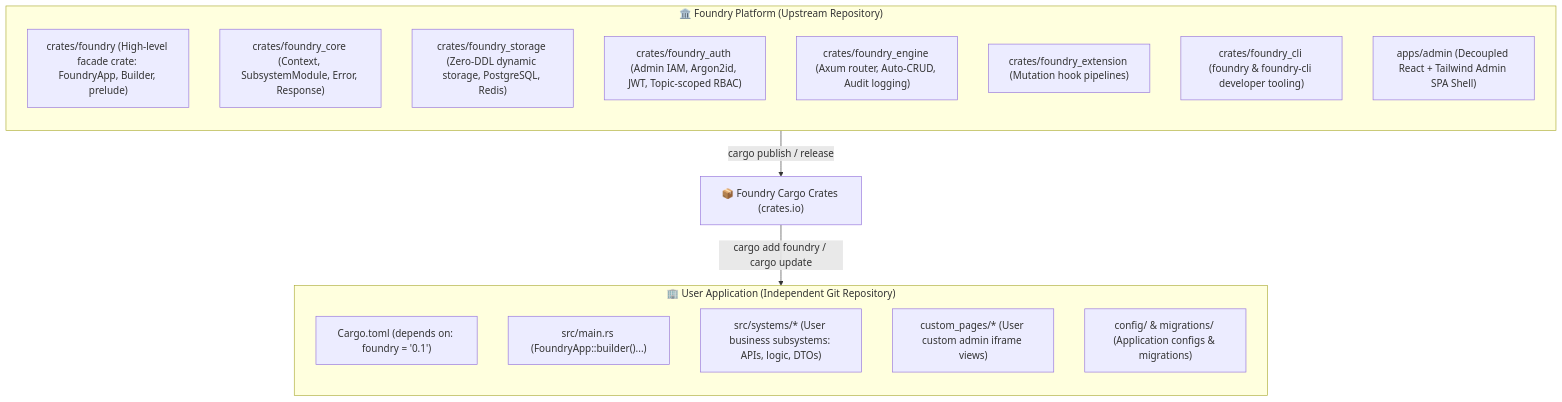
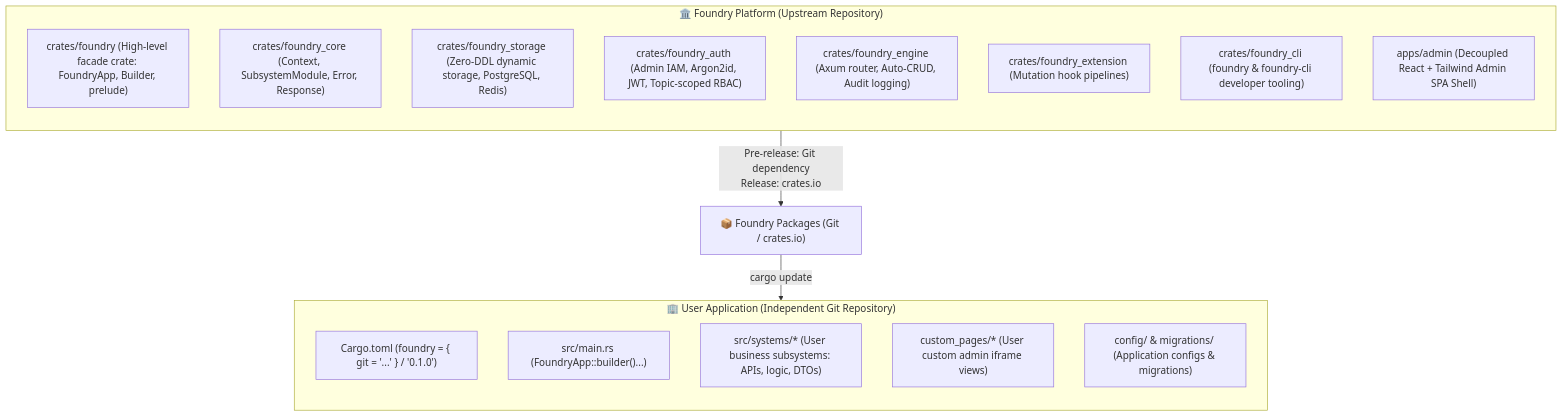
The first of 2 diagrams in docs/src/content/docs/architecture/blueprint.md (FoundKit/foundry), drawn with Mermaid before and after one commit. The commit also changed 15 other files, not shown here.

````diff
--- a/docs/src/content/docs/architecture/blueprint.md
+++ b/docs/src/content/docs/architecture/blueprint.md
@@ -20,27 +20,27 @@
 ```mermaid
 flowchart TD
     subgraph FrameworkRepo["🏛️ Foundry Platform (Upstream Repository)"]
         direction TB
         F_Facade["crates/foundry (High-level facade crate: FoundryApp, Builder, prelude)"]
         F_Core["crates/foundry_core (Context, SubsystemModule, Error, Response)"]
         F_Storage["crates/foundry_storage (Zero-DDL dynamic storage, PostgreSQL, Redis)"]
         F_Auth["crates/foundry_auth (Admin IAM, Argon2id, JWT, Topic-scoped RBAC)"]
         F_Engine["crates/foundry_engine (Axum router, Auto-CRUD, Audit logging)"]
         F_Ext["crates/foundry_extension (Mutation hook pipelines)"]
         F_CLI["crates/foundry_cli (foundry & foundry-cli developer tooling)"]
         F_Admin["apps/admin (Decoupled React + Tailwind Admin SPA Shell)"]
     end
 
-    FrameworkRepo -->|"cargo publish / release"| CratesIO["📦 Foundry Cargo Crates (crates.io)"]
+    FrameworkRepo -->|"Pre-release: Git dependency<br/>Release: crates.io"| CratesIO["📦 Foundry Packages (Git / crates.io)"]
 
     subgraph UserApp["🏢 User Application (Independent Git Repository)"]
         direction TB
-        App_Cargo["Cargo.toml (depends on: foundry = '0.1')"]
+        App_Cargo["Cargo.toml (foundry = { git = '...' } / '0.1.0')"]
         App_Main["src/main.rs (FoundryApp::builder()...)"]
         App_Systems["src/systems/* (User business subsystems: APIs, logic, DTOs)"]
         App_Admin["custom_pages/* (User custom admin iframe views)"]
         App_Config["config/ & migrations/ (Application configs & migrations)"]
     end
 
-    CratesIO -->|"cargo add foundry / cargo update"| UserApp
+    CratesIO -->|"cargo update"| UserApp
 ```
````
